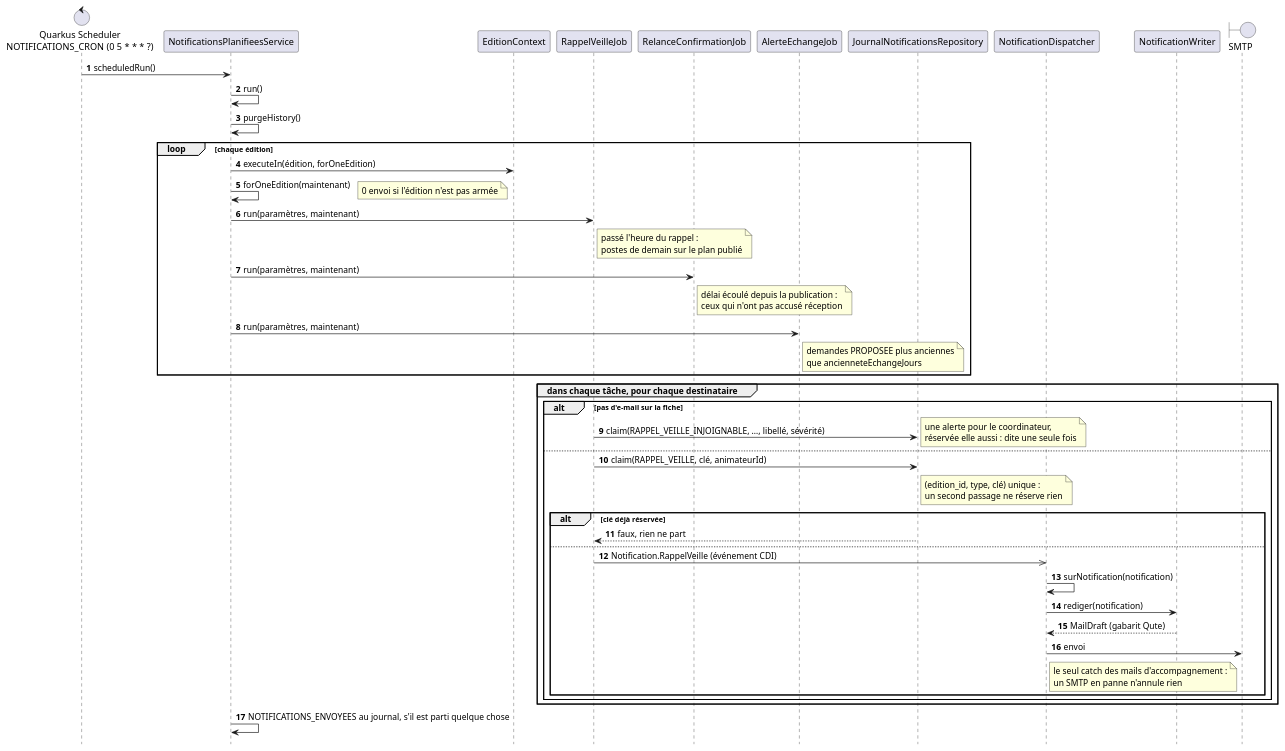
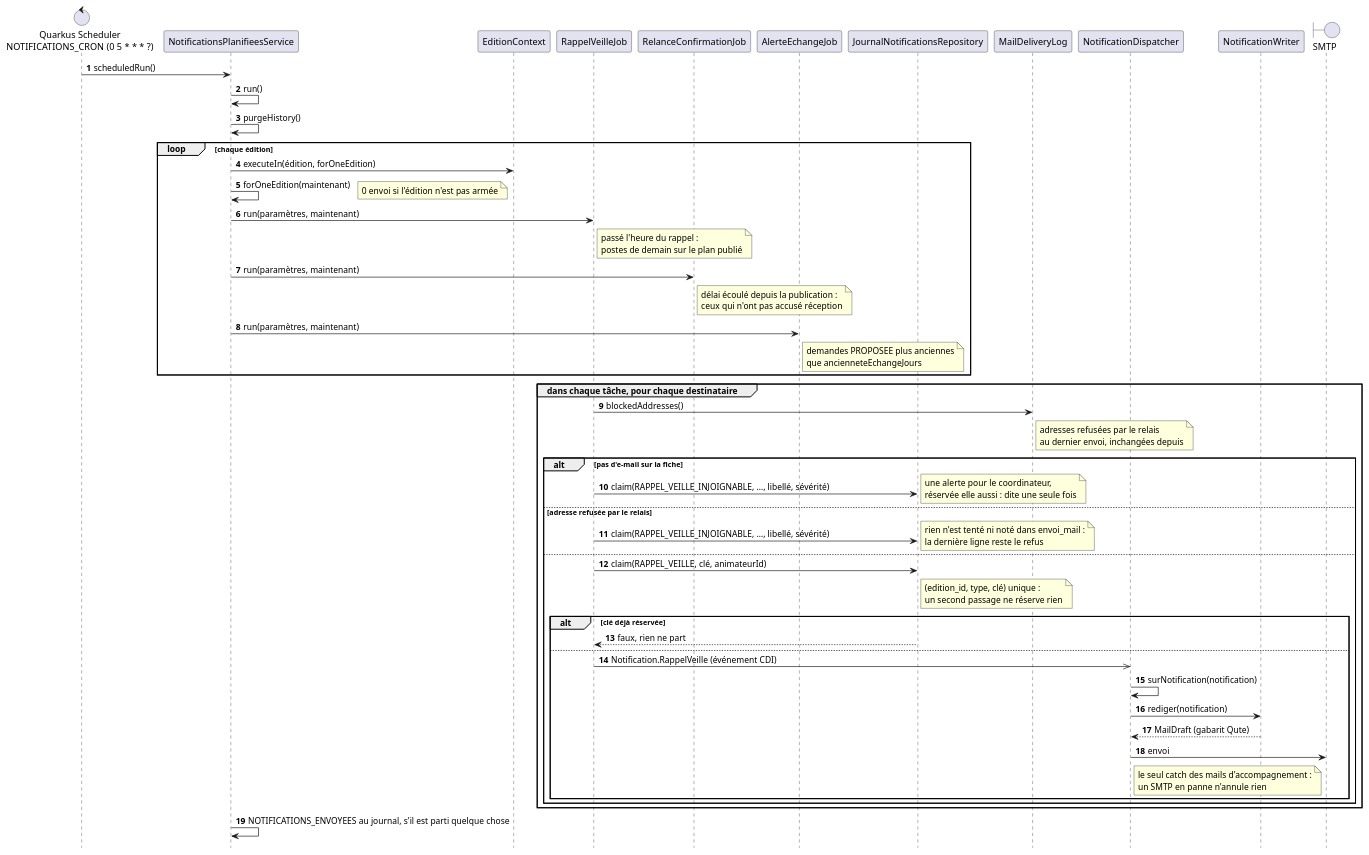
One commit to sylvainmetayer/planning-equipes changed the diagram in docs/diagrammes/notifications-planifiees.puml. Above: the diagram before and after it, drawn with PlantUML. The commit also changed 62 other files, not shown here.

First line of the commit message:
feat(animateurs): bloquer tout envoi vers une adresse refusée

```diff
--- a/docs/diagrammes/notifications-planifiees.puml
+++ b/docs/diagrammes/notifications-planifiees.puml
@@ -1,57 +1,63 @@
 @startuml
 ' L'envoi horaire : trois tâches, pour les seules éditions armées, lues sur le
 ' plan publié. Chaque envoi est d'abord réservé en base sur une clé : un
 ' passage de plus ne renvoie rien. Tout part en meilleur effort, par le
 ' dispatcher. Voir docs/exploitation.md, « Les envois automatiques de nuit ».
 skinparam backgroundColor #FFFFFF
 skinparam responseMessageBelowArrow true
 hide footbox
 autonumber
 
 control "Quarkus Scheduler\nNOTIFICATIONS_CRON (0 5 * * * ?)" as cron
 participant NotificationsPlanifieesService as service
 participant EditionContext as contexte
 participant RappelVeilleJob as veille
 participant RelanceConfirmationJob as relance
 participant AlerteEchangeJob as alerte
 participant JournalNotificationsRepository as journal
+participant MailDeliveryLog as envois
 participant NotificationDispatcher as dispatcher
 participant NotificationWriter as redacteur
 boundary "SMTP" as smtp
 
 cron -> service : scheduledRun()
 service -> service : run()
 service -> service : purgeHistory()
 loop chaque édition
   service -> contexte : executeIn(édition, forOneEdition)
   service -> service : forOneEdition(maintenant)
   note right : 0 envoi si l'édition n'est pas armée
   service -> veille : run(paramètres, maintenant)
   note right of veille : passé l'heure du rappel :\npostes de demain sur le plan publié
   service -> relance : run(paramètres, maintenant)
   note right of relance : délai écoulé depuis la publication :\nceux qui n'ont pas accusé réception
   service -> alerte : run(paramètres, maintenant)
   note right of alerte : demandes PROPOSEE plus anciennes\nque ancienneteEchangeJours
 end
 
 group dans chaque tâche, pour chaque destinataire
+  veille -> envois : blockedAddresses()
+  note right of envois : adresses refusées par le relais\nau dernier envoi, inchangées depuis
   alt pas d'e-mail sur la fiche
     veille -> journal : claim(RAPPEL_VEILLE_INJOIGNABLE, …, libellé, sévérité)
     note right : une alerte pour le coordinateur,\nréservée elle aussi : dite une seule fois
+  else adresse refusée par le relais
+    veille -> journal : claim(RAPPEL_VEILLE_INJOIGNABLE, …, libellé, sévérité)
+    note right : rien n'est tenté ni noté dans envoi_mail :\nla dernière ligne reste le refus
   else
     veille -> journal : claim(RAPPEL_VEILLE, clé, animateurId)
     note right of journal : (edition_id, type, clé) unique :\nun second passage ne réserve rien
     alt clé déjà réservée
       journal --> veille : faux, rien ne part
     else
       veille ->> dispatcher : Notification.RappelVeille (événement CDI)
       dispatcher -> dispatcher : surNotification(notification)
       dispatcher -> redacteur : rediger(notification)
       redacteur --> dispatcher : MailDraft (gabarit Qute)
       dispatcher -> smtp : envoi
       note right of dispatcher : le seul catch des mails d'accompagnement :\nun SMTP en panne n'annule rien
     end
   end
 end
 service -> service : NOTIFICATIONS_ENVOYEES au journal, s'il est parti quelque chose
 @enduml
```
